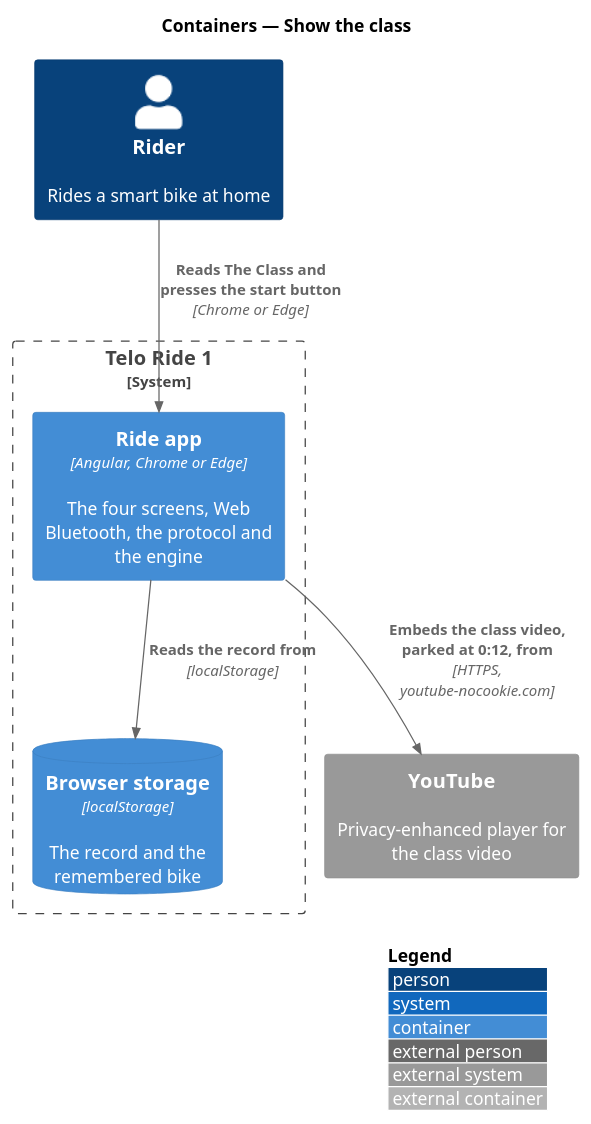
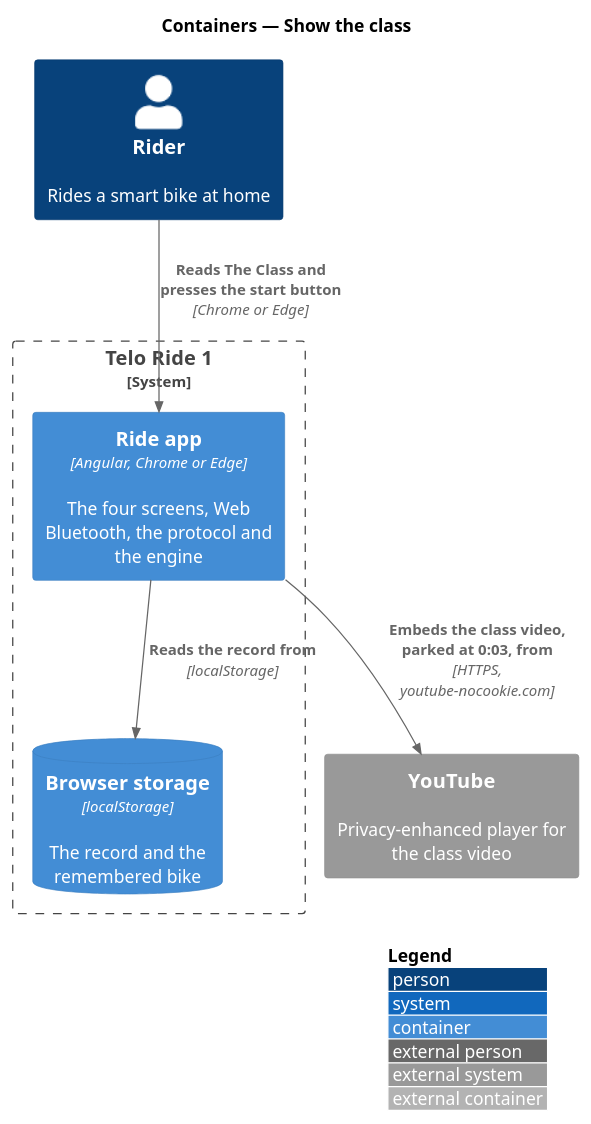
One commit to QuinntyneBrown/ride-one changed the diagram in docs/detailed-designs/the-class/show-the-class/diagrams/c4-container.puml. Above: the diagram before and after it, drawn with PlantUML. The commit also changed 223 other files, not shown here.

```diff
--- a/docs/detailed-designs/the-class/show-the-class/diagrams/c4-container.puml
+++ b/docs/detailed-designs/the-class/show-the-class/diagrams/c4-container.puml
@@ -1,16 +1,16 @@
 @startuml
 !include <C4/C4_Container>
 LAYOUT_WITH_LEGEND()
 title Containers — Show the class
 
 Person(rider, "Rider", "Rides a smart bike at home")
 System_Ext(youtube, "YouTube", "Privacy-enhanced player for the class video")
 System_Boundary(telo, "Telo Ride 1") {
   Container(app, "Ride app", "Angular, Chrome or Edge", "The four screens, Web Bluetooth, the protocol and the engine")
   ContainerDb(storage, "Browser storage", "localStorage", "The record and the remembered bike")
 }
 
 Rel(rider, app, "Reads The Class and presses the start button", "Chrome or Edge")
 Rel(app, storage, "Reads the record from", "localStorage")
-Rel(app, youtube, "Embeds the class video, parked at 0:12, from", "HTTPS, youtube-nocookie.com")
+Rel(app, youtube, "Embeds the class video, parked at 0:03, from", "HTTPS, youtube-nocookie.com")
 @enduml
```
